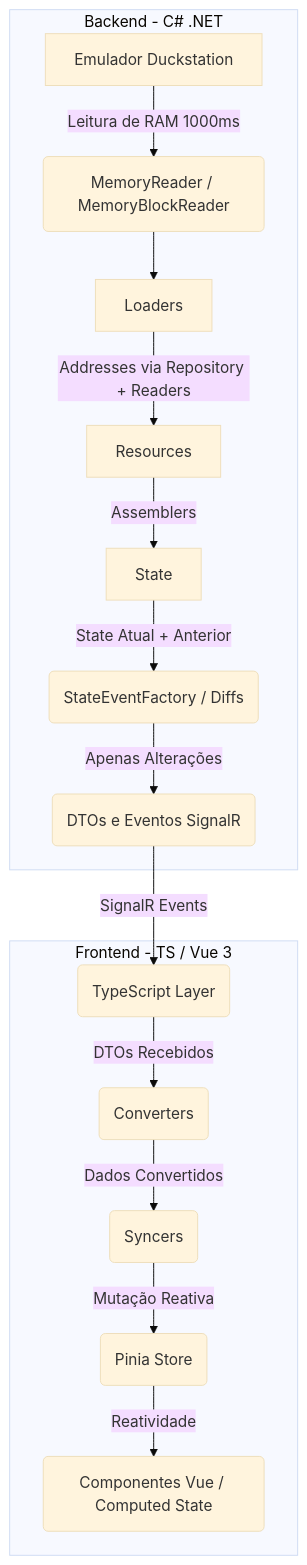
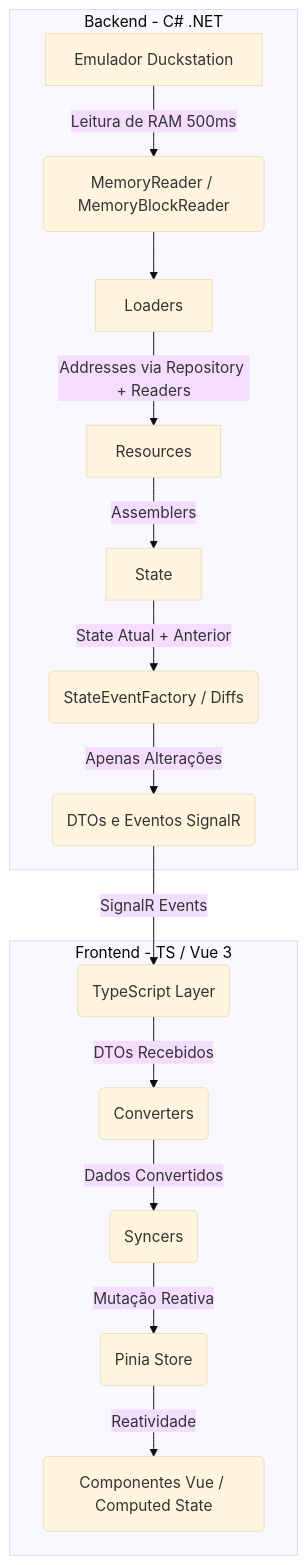
The diagram in AI/BUSINESS_RULES.md (jeanheck/digivice), drawn with Mermaid (base theme) before and after one commit. The commit also changed other lines of this file and 3 other files, not shown here.

````diff
--- a/AI/BUSINESS_RULES.md
+++ b/AI/BUSINESS_RULES.md
@@ -10,19 +10,19 @@
 ```mermaid
 graph TD
     subgraph Backend [Backend - C# .NET]
-        A[Emulador Duckstation] -->|Leitura de RAM 1000ms| B(MemoryReader / MemoryBlockReader)
+        A[Emulador Duckstation] -->|Leitura de RAM 500ms| B(MemoryReader / MemoryBlockReader)
         B --> L[Loaders]
         L -->|Addresses via Repository + Readers| R[Resources]
         R -->|Assemblers| D[State]
         D -->|State Atual + Anterior| E(StateEventFactory / Diffs)
         E -->|Apenas Alterações| F(DTOs e Eventos SignalR)
     end
 
     subgraph Frontend [Frontend - TS / Vue 3]
         F -->|SignalR Events| G(TypeScript Layer)
         G -->|DTOs Recebidos| H(Converters)
         H -->|Dados Convertidos| I(Syncers)
         I -->|Mutação Reativa| J(Pinia Store)
         J -->|Reatividade| K(Componentes Vue / Computed State)
     end
 ```
````
